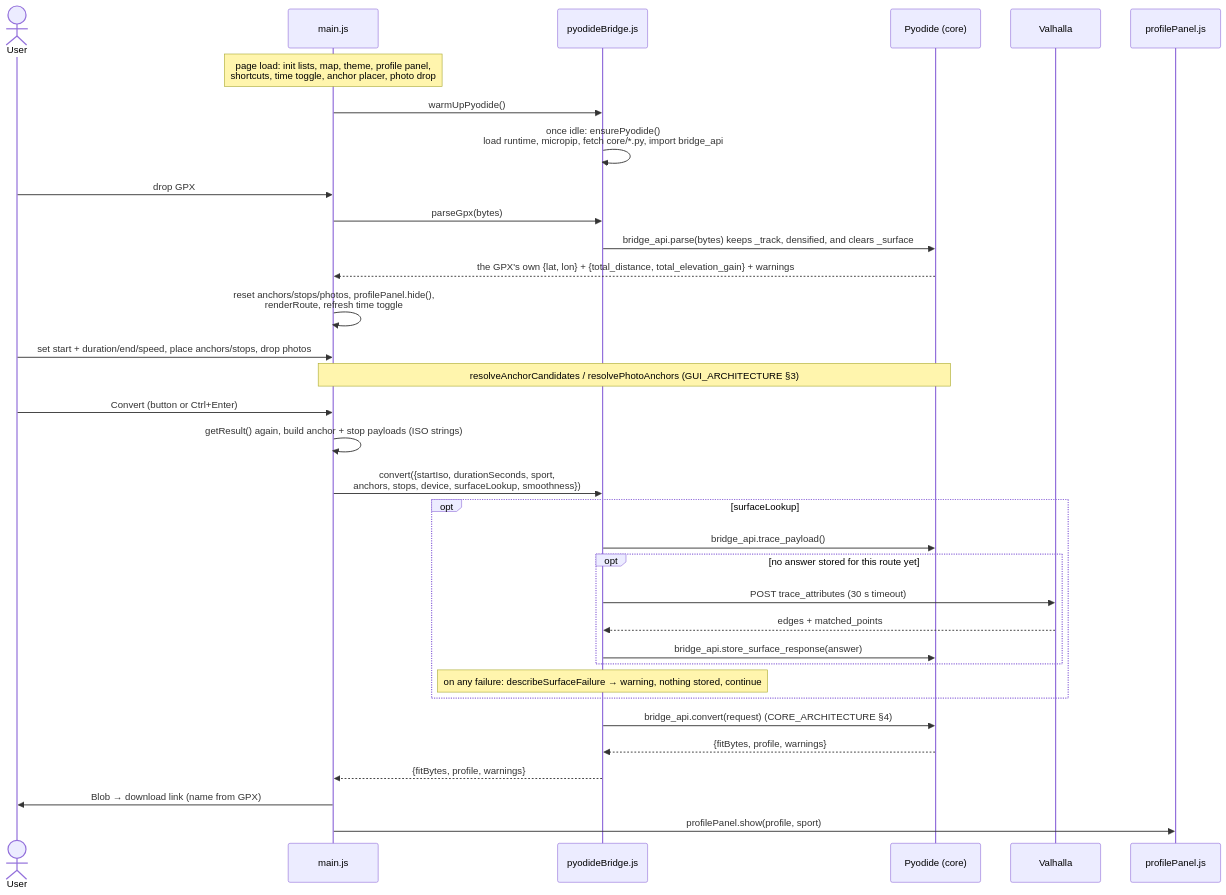
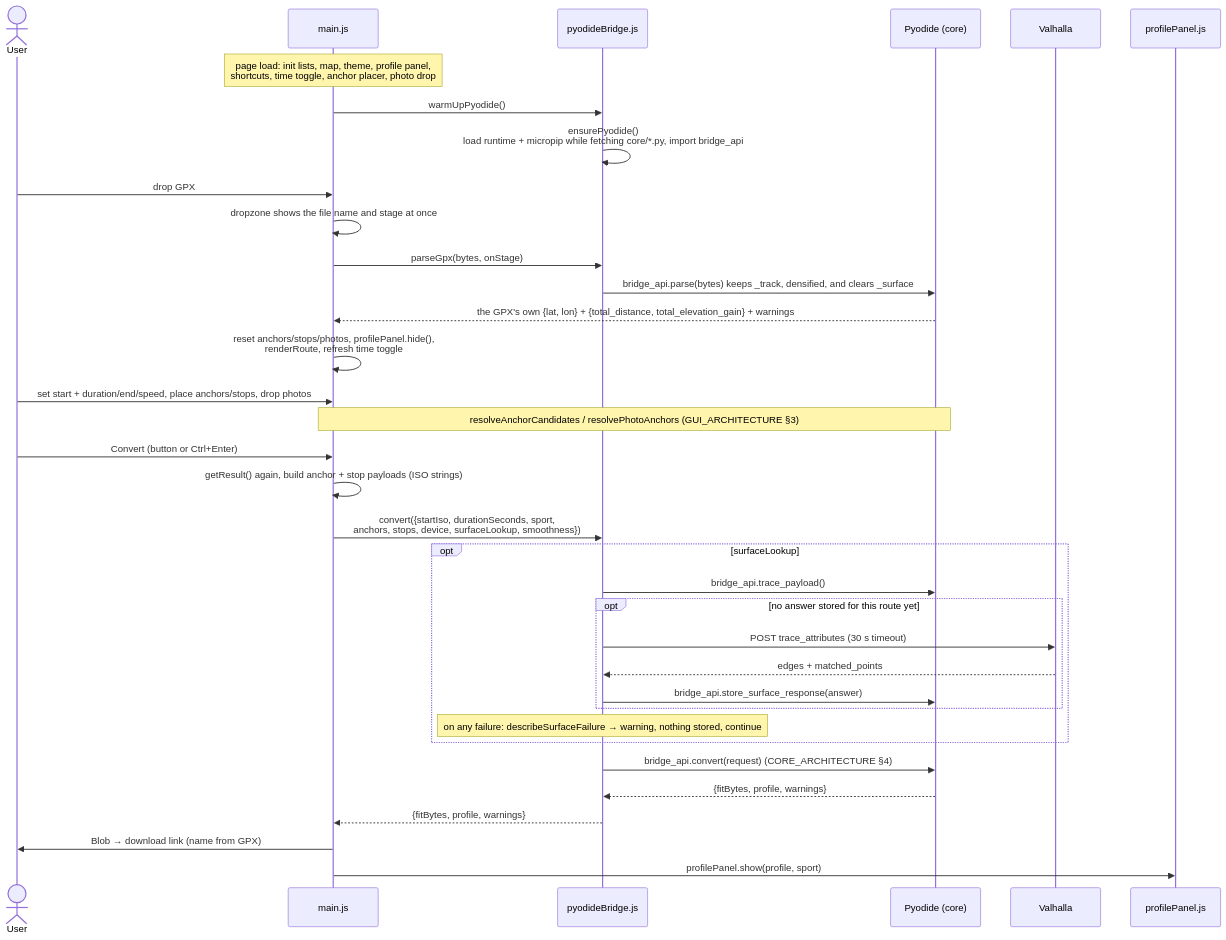
The second of 3 diagrams in docs/ARCHITECTURE.md (martin-iflap/GPX_to_FIT), drawn with Mermaid before and after one commit. The commit also changed other lines of this file and 11 other files, not shown here.

````diff
--- a/docs/ARCHITECTURE.md
+++ b/docs/ARCHITECTURE.md
@@ -252,37 +259,38 @@
 ```mermaid
 sequenceDiagram
   actor U as User
   participant Main as main.js
   participant B as pyodideBridge.js
   participant Py as Pyodide (core)
   participant V as Valhalla
   participant PP as profilePanel.js
 
   Note over Main: page load: init lists, map, theme, profile panel,<br/>shortcuts, time toggle, anchor placer, photo drop
   Main->>B: warmUpPyodide()
-  B->>B: once idle: ensurePyodide()<br/>load runtime, micropip, fetch core/*.py, import bridge_api
+  B->>B: ensurePyodide()<br/>load runtime + micropip while fetching core/*.py, import bridge_api
   U->>Main: drop GPX
-  Main->>B: parseGpx(bytes)
+  Main->>Main: dropzone shows the file name and stage at once
+  Main->>B: parseGpx(bytes, onStage)
   B->>Py: bridge_api.parse(bytes) keeps _track, densified, and clears _surface
   Py-->>Main: the GPX's own {lat, lon} + {total_distance, total_elevation_gain} + warnings
   Main->>Main: reset anchors/stops/photos, profilePanel.hide(),<br/>renderRoute, refresh time toggle
   U->>Main: set start + duration/end/speed, place anchors/stops, drop photos
   Note over Main,Py: resolveAnchorCandidates / resolvePhotoAnchors (GUI_ARCHITECTURE §3)
   U->>Main: Convert (button or Ctrl+Enter)
   Main->>Main: getResult() again, build anchor + stop payloads (ISO strings)
   Main->>B: convert({startIso, durationSeconds, sport,<br/>anchors, stops, device, surfaceLookup, smoothness})
   opt surfaceLookup
     B->>Py: bridge_api.trace_payload()
     opt no answer stored for this route yet
       B->>V: POST trace_attributes (30 s timeout)
       V-->>B: edges + matched_points
       B->>Py: bridge_api.store_surface_response(answer)
     end
     Note over B: on any failure: describeSurfaceFailure → warning, nothing stored, continue
   end
   B->>Py: bridge_api.convert(request) (CORE_ARCHITECTURE §4)
   Py-->>B: {fitBytes, profile, warnings}
   B-->>Main: {fitBytes, profile, warnings}
   Main->>U: Blob → download link (name from GPX)
   Main->>PP: profilePanel.show(profile, sport)
 ```
````
